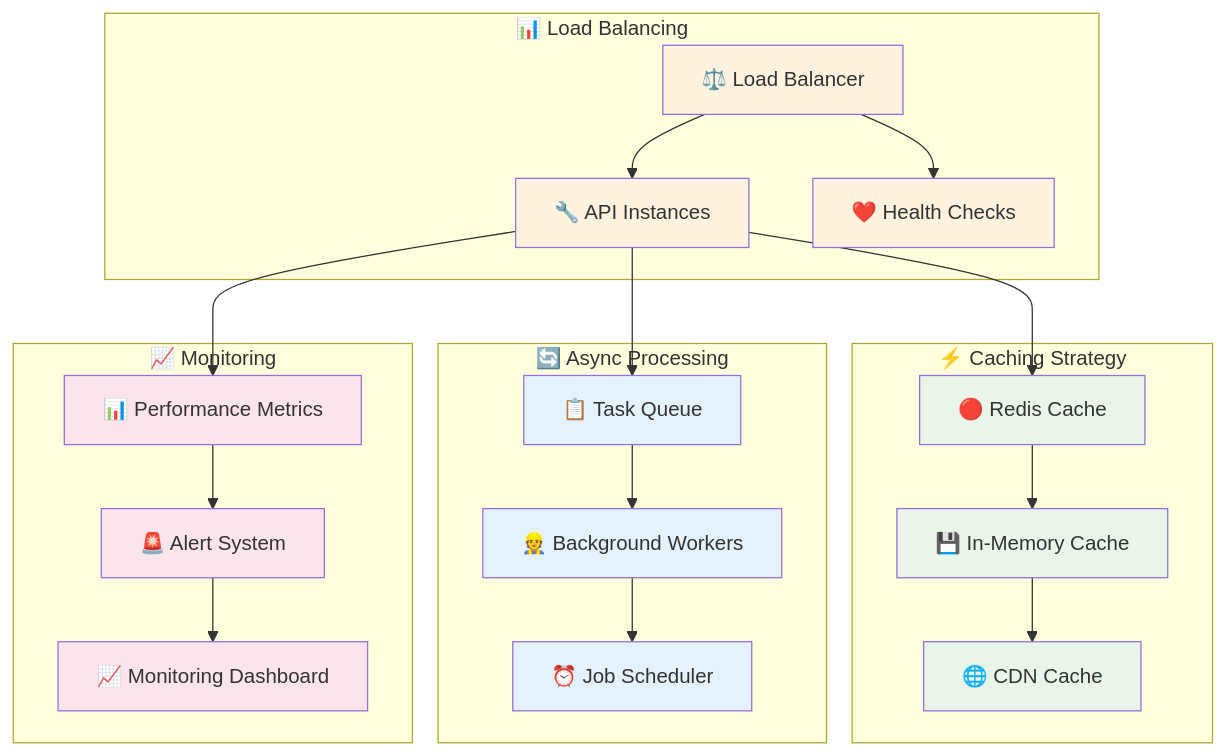
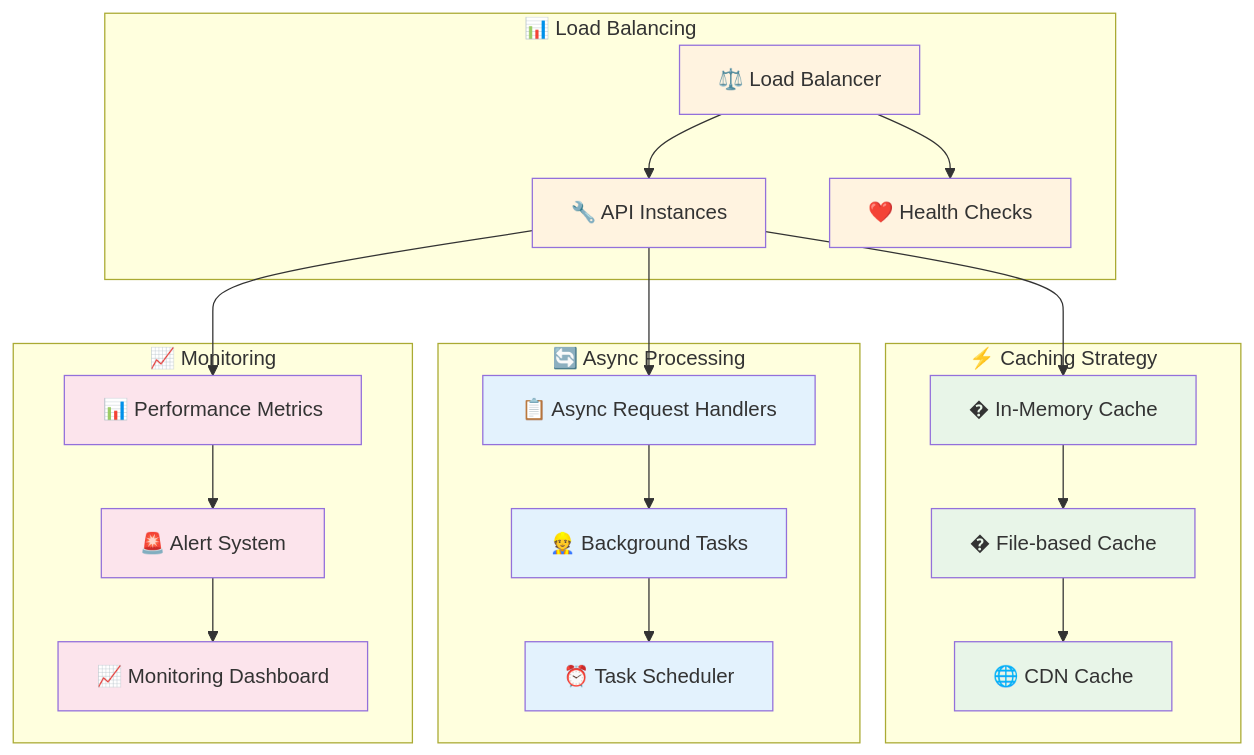
Diagram 13 of 13 in docs/architecture/README.md (the-ingenious-dark-knight/Insight_Ingenious), drawn with Mermaid before and after one commit. The commit also changed other lines of this file and 3 other files, not shown here.

````diff
--- a/docs/architecture/README.md
+++ b/docs/architecture/README.md
@@ -637,52 +644,52 @@
 ```mermaid
 graph TB
     subgraph "⚡ Caching Strategy"
-        REDIS[🔴 Redis Cache]
-        MEMORY[💾 In-Memory Cache]
+        MEMORY[� In-Memory Cache]
+        FILE_CACHE[� File-based Cache]
         CDN[🌐 CDN Cache]
     end
 
     subgraph "📊 Load Balancing"
         LOAD_BALANCER[⚖️ Load Balancer]
         API_INSTANCES[🔧 API Instances]
         HEALTH_CHECK[❤️ Health Checks]
     end
 
     subgraph "🔄 Async Processing"
-        TASK_QUEUE[📋 Task Queue]
-        WORKERS[👷 Background Workers]
-        SCHEDULER[⏰ Job Scheduler]
+        ASYNC_HANDLERS[📋 Async Request Handlers]
+        BACKGROUND_TASKS[👷 Background Tasks]
+        SCHEDULER[⏰ Task Scheduler]
     end
 
     subgraph "📈 Monitoring"
         METRICS[📊 Performance Metrics]
         ALERTS[🚨 Alert System]
         DASHBOARDS[📈 Monitoring Dashboard]
     end
 
-    REDIS --> MEMORY
-    MEMORY --> CDN
+    MEMORY --> FILE_CACHE
+    FILE_CACHE --> CDN
 
     LOAD_BALANCER --> API_INSTANCES
     LOAD_BALANCER --> HEALTH_CHECK
 
-    TASK_QUEUE --> WORKERS
-    WORKERS --> SCHEDULER
+    ASYNC_HANDLERS --> BACKGROUND_TASKS
+    BACKGROUND_TASKS --> SCHEDULER
 
     METRICS --> ALERTS
     ALERTS --> DASHBOARDS
 
-    API_INSTANCES --> REDIS
-    API_INSTANCES --> TASK_QUEUE
+    API_INSTANCES --> MEMORY
+    API_INSTANCES --> ASYNC_HANDLERS
     API_INSTANCES --> METRICS
 
     classDef cache fill:#e8f5e8
     classDef balance fill:#fff3e0
     classDef async fill:#e3f2fd
     classDef monitor fill:#fce4ec
 
-    class REDIS,MEMORY,CDN cache
+    class MEMORY,FILE_CACHE,CDN cache
     class LOAD_BALANCER,API_INSTANCES,HEALTH_CHECK balance
-    class TASK_QUEUE,WORKERS,SCHEDULER async
+    class ASYNC_HANDLERS,BACKGROUND_TASKS,SCHEDULER async
     class METRICS,ALERTS,DASHBOARDS monitor
 ```
````
